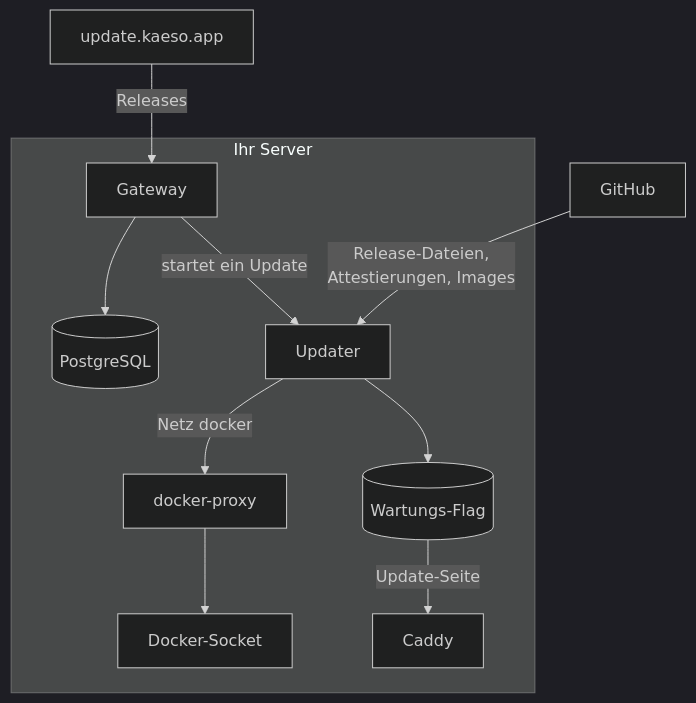
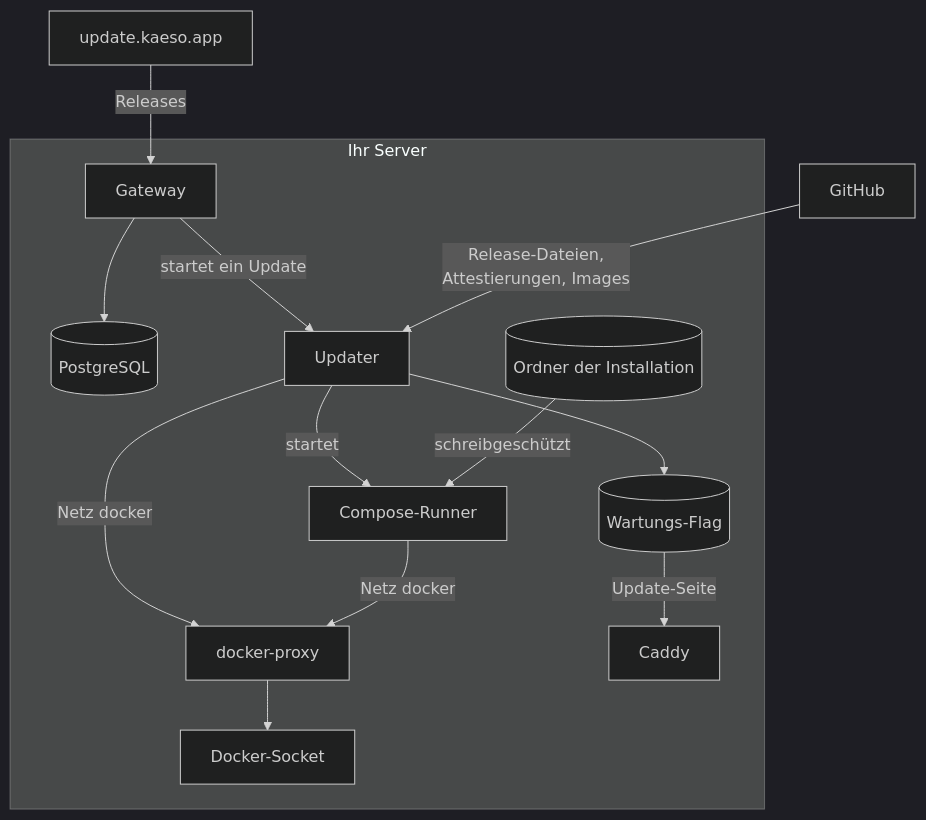
One commit to logicplanes/kaeso changed the diagram in apps/docs/content/de/development/architecture/updates.md. Above: the diagram before and after it, drawn with Mermaid (dark theme). The commit also changed other lines of this file and 53 other files, not shown here.

First line of the commit message:
Install releases that change compose.yaml through a compose runner, and let the updater replace itself

````diff
--- a/apps/docs/content/de/development/architecture/updates.md
+++ b/apps/docs/content/de/development/architecture/updates.md
@@ -9,23 +9,28 @@
 ```mermaid
 flowchart TD
   accTitle: Wie eine Installation von Releases erfährt und sich aktualisiert
-  accDescr: Das Gateway holt die Liste der Releases von update.kaeso.app, hält seinen Update-Zustand in PostgreSQL und startet ein Update beim Updater mit einem Bearer-Token über das interne Netz updates. Der Updater holt release.json und compose.yaml von github.com, Attestierungen von api.github.com und Images von ghcr.io. Er erreicht den Docker-Socket nur über docker-proxy im internen Netz docker und schreibt das Wartungs-Flag, das Caddy liest, um die Update-Seite und die JSON-503 auszuliefern.
+  accDescr: Das Gateway holt die Liste der Releases von update.kaeso.app, hält seinen Update-Zustand in PostgreSQL und startet ein Update beim Updater mit einem Bearer-Token über das interne Netz updates. Der Updater holt release.json und compose.yaml von github.com, Attestierungen von api.github.com und Images von ghcr.io. Er erreicht den Docker-Socket nur über docker-proxy im internen Netz docker, ebenso der Compose-Runner, den er startet, um Docker Compose mit dem schreibgeschützten Ordner der Installation auszuführen. Der Updater schreibt das Wartungs-Flag, das Caddy liest, um die Update-Seite und die JSON-503 auszuliefern.
   feed[update.kaeso.app]:::outside
   github[GitHub]:::outside
   subgraph server [Ihr Server]
     gateway[Gateway]:::accent
     postgres[(PostgreSQL)]
     updater[Updater]
+    runner[Compose-Runner]
+    folder[(Ordner der Installation)]
     proxy[docker-proxy]
     socket[Docker-Socket]
     flag[(Wartungs-Flag)]
     caddy[Caddy]
   end
   feed -- Releases --> gateway
   gateway --> postgres
   gateway -- startet ein Update --> updater
   github -- Release-Dateien,<br>Attestierungen, Images --> updater
   updater -- Netz docker --> proxy --> socket
+  updater -- startet --> runner
+  folder -- schreibgeschützt --> runner
+  runner -- Netz docker --> proxy
   updater --> flag
   flag -- Update-Seite --> caddy
 ```
````
